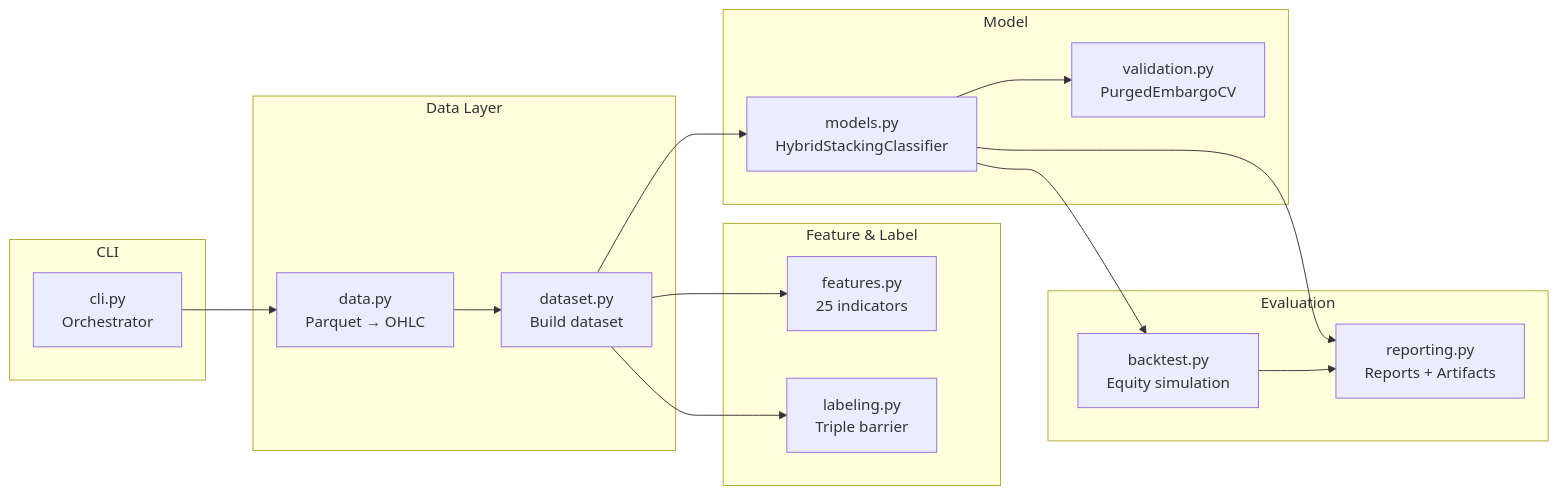
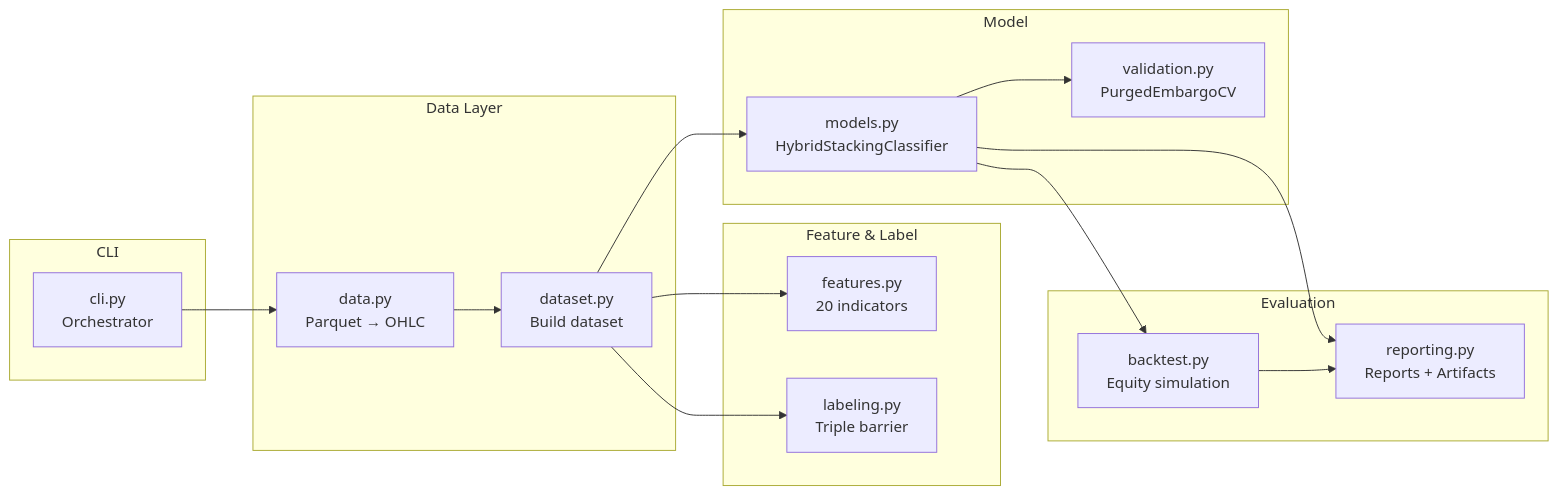
Before and after one commit to ultimateBroK/thesis-compact: the second of 2 diagrams in docs/architecture-overview.md, drawn with Mermaid. The commit also changed other lines of this file and 4 other files, not shown here.

````diff
--- a/docs/architecture-overview.md
+++ b/docs/architecture-overview.md
@@ -36,36 +36,36 @@
 ```mermaid
 graph LR
     subgraph CLI
         cli["cli.py<br/>Orchestrator"]
     end
 
     subgraph "Data Layer"
         data["data.py<br/>Parquet → OHLC"]
         dataset["dataset.py<br/>Build dataset"]
     end
 
     subgraph "Feature & Label"
-        features["features.py<br/>25 indicators"]
+        features["features.py<br/>20 indicators"]
         labeling["labeling.py<br/>Triple barrier"]
     end
 
     subgraph "Model"
         validation["validation.py<br/>PurgedEmbargoCV"]
         models["models.py<br/>HybridStackingClassifier"]
     end
 
     subgraph "Evaluation"
         backtest["backtest.py<br/>Equity simulation"]
         reporting["reporting.py<br/>Reports + Artifacts"]
     end
 
     cli --> data
     data --> dataset
     dataset --> features
     dataset --> labeling
     dataset --> models
     models --> validation
     models --> backtest
     models --> reporting
     backtest --> reporting
 ```
````
